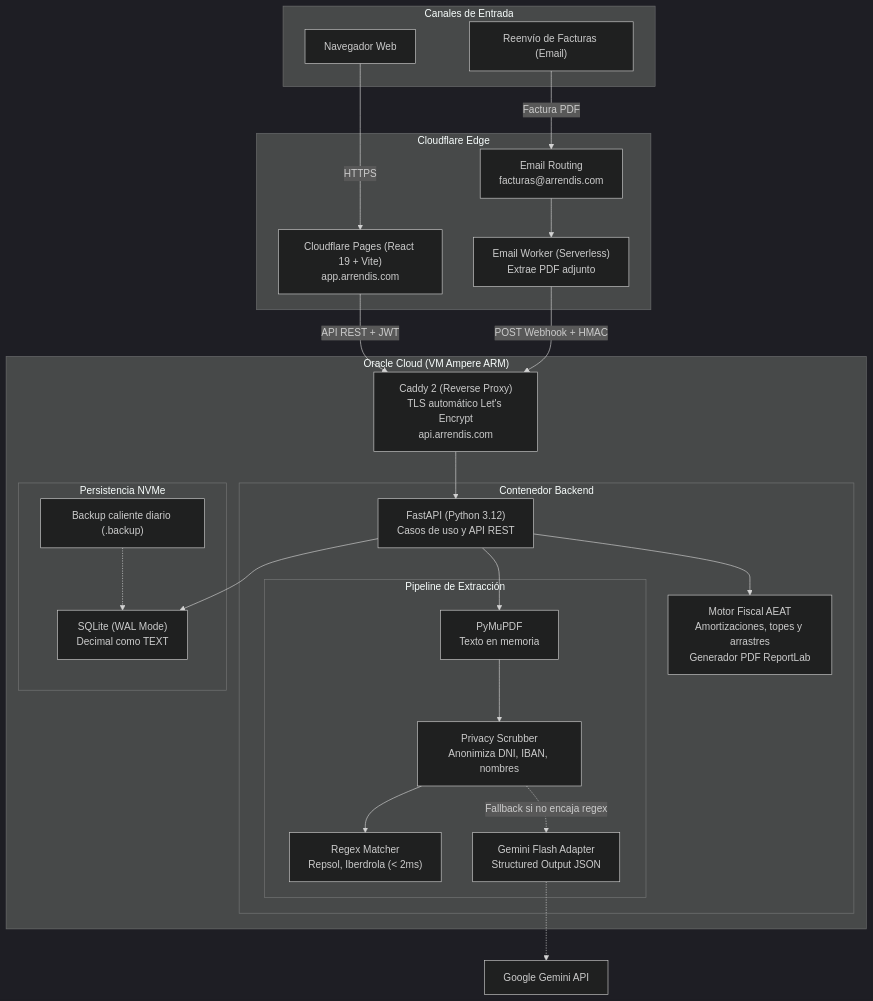
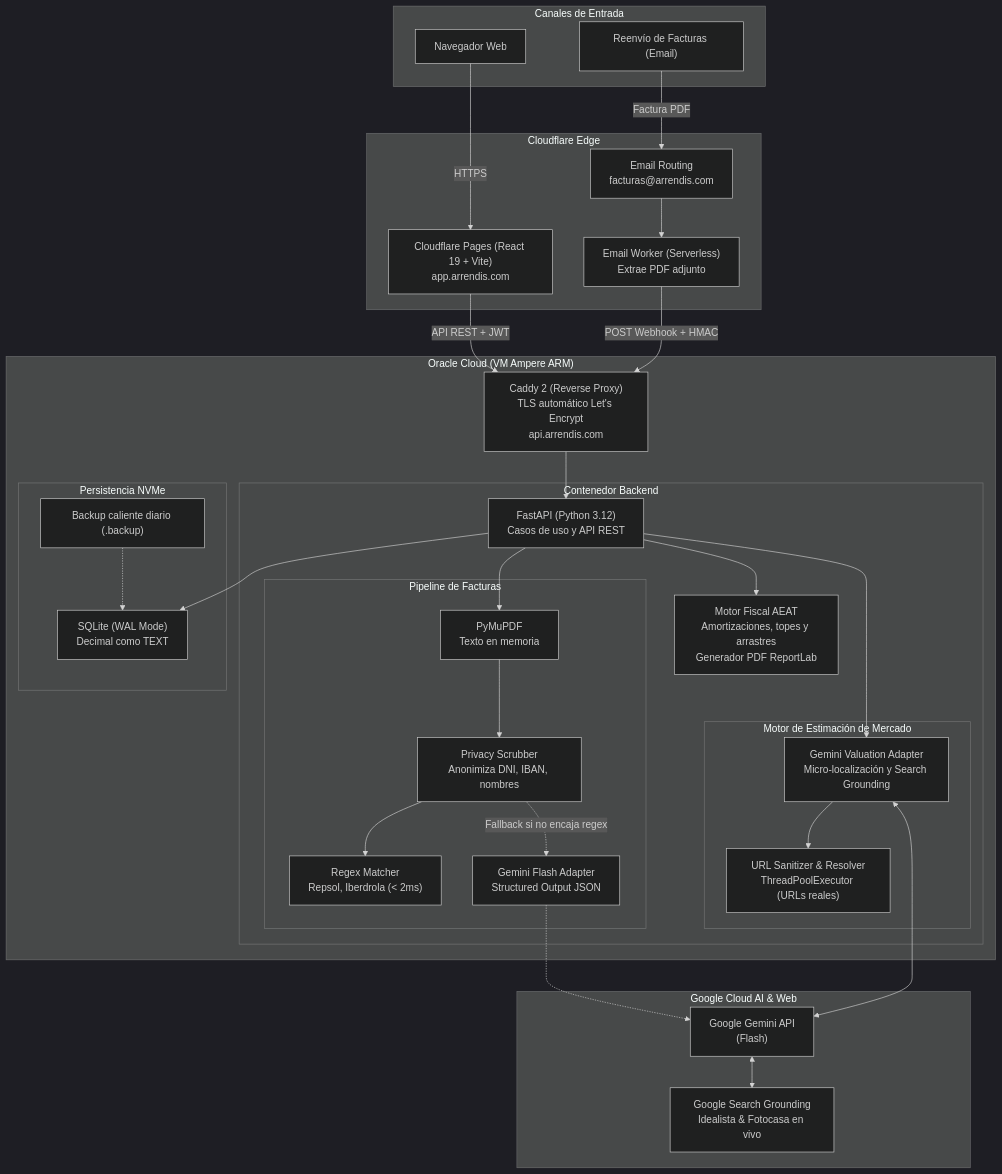
One commit to Carloscg02/arrendis changed the diagram in README.md. Above: the diagram before and after it, drawn with Mermaid (dark theme). The commit also changed other lines of this file, not shown here.

Commit message:
docs(readme): incorporar motor de tasación gemini en arquitectura, métricas de tests y trade-offs

````diff
--- a/README.md
+++ b/README.md
@@ -32,51 +32,66 @@
 ```mermaid
 flowchart TD
     subgraph Entrada ["Canales de Entrada"]
         User["Navegador Web"]
         MailClient["Reenvío de Facturas (Email)"]
     end
 
     subgraph Edge ["Cloudflare Edge"]
         CF_Pages["Cloudflare Pages (React 19 + Vite)\napp.arrendis.com"]
         CF_Routing["Email Routing\nfacturas@arrendis.com"]
         CF_Worker["Email Worker (Serverless)\nExtrae PDF adjunto"]
     end
 
     subgraph Host ["Oracle Cloud (VM Ampere ARM)"]
         Caddy["Caddy 2 (Reverse Proxy)\nTLS automático Let's Encrypt\napi.arrendis.com"]
         
         subgraph Docker ["Contenedor Backend"]
             FastAPI["FastAPI (Python 3.12)\nCasos de uso y API REST"]
             
-            subgraph Extraccion ["Pipeline de Extracción"]
+            subgraph Extraccion ["Pipeline de Facturas"]
                 PyMuPDF["PyMuPDF\nTexto en memoria"]
                 Scrubber["Privacy Scrubber\nAnonimiza DNI, IBAN, nombres"]
                 RegexExtractor["Regex Matcher\nRepsol, Iberdrola (< 2ms)"]
                 LLMExtractor["Gemini Flash Adapter\nStructured Output JSON"]
+            end
+
+            subgraph Tasacion ["Motor de Estimación de Mercado"]
+                ValuationEngine["Gemini Valuation Adapter\nMicro-localización y Search Grounding"]
+                RedirectResolver["URL Sanitizer & Resolver\nThreadPoolExecutor (URLs reales)"]
             end
 
             FiscalEngine["Motor Fiscal AEAT\nAmortizaciones, topes y arrastres\nGenerador PDF ReportLab"]
         end
 
         subgraph Storage ["Persistencia NVMe"]
             SQLite["SQLite (WAL Mode)\nDecimal como TEXT"]
             CronBackup["Backup caliente diario (.backup)"]
         end
+    end
+
+    subgraph ExternalAI ["Google Cloud AI & Web"]
+        GoogleAI["Google Gemini API\n(Flash)"]
+        SearchGrounding["Google Search Grounding\nIdealista & Fotocasa en vivo"]
     end
 
     User -->|HTTPS| CF_Pages
     CF_Pages -->|API REST + JWT| Caddy
     MailClient -->|Factura PDF| CF_Routing
     CF_Routing --> CF_Worker
     CF_Worker -->|POST Webhook + HMAC| Caddy
     Caddy --> FastAPI
 
     FastAPI --> PyMuPDF --> Scrubber
     Scrubber --> RegexExtractor
     Scrubber -.->|Fallback si no encaja regex| LLMExtractor
-    LLMExtractor -.-> GoogleAI["Google Gemini API"]
+    LLMExtractor -.-> GoogleAI
+
+    FastAPI --> ValuationEngine
+    ValuationEngine <--> GoogleAI
+    GoogleAI <--> SearchGrounding
+    ValuationEngine --> RedirectResolver
 
     FastAPI --> FiscalEngine
     FastAPI --> SQLite
     CronBackup -.-> SQLite
 ```
````
